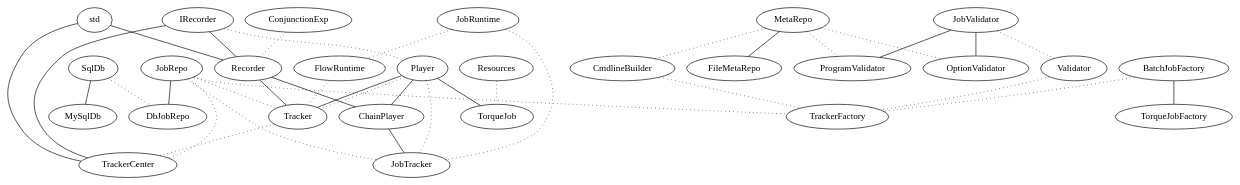
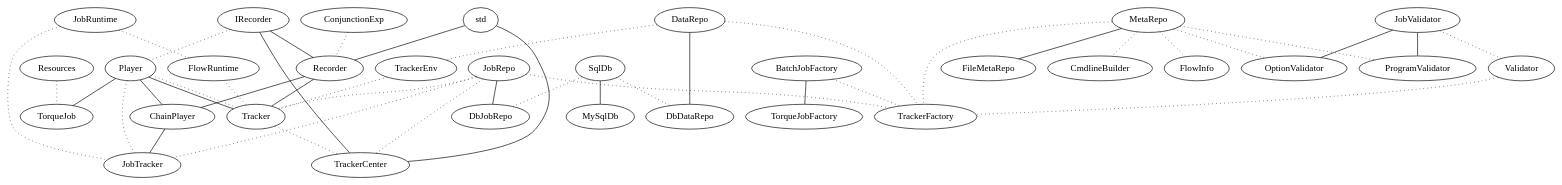
The diagram in doc/dotout.dot (tumluliu/hengii), drawn with Graphviz before and after one commit. The commit also changed 3 other files, not shown here.

```diff
--- a/doc/dotout.dot
+++ b/doc/dotout.dot
@@ -1,68 +1,78 @@
 graph G {
 	node [label="\N"];
-	graph [bb="0,0,734.67,510.41"];
-	Player [pos="532.72,244.13", width=1, height="0.52778"];
-	ChainPlayer [pos="514.23,289.24", width="1.6111", height="0.52778"];
-	Recorder [pos="499.42,363.95", width="1.2778", height="0.52778"];
-	JobRepo [pos="374.01,269.92", width="1.25", height="0.52778"];
-	DbJobRepo [pos="343.89,184.53", width="1.5556", height="0.52778"];
-	MetaRepo [pos="135.07,351.12", width="1.4444", height="0.52778"];
-	FileMetaRepo [pos="86.809,419.12", width="1.8611", height="0.52778"];
-	JobTracker [pos="446.86,229.51", width="1.5", height="0.52778"];
-	SqlDb [pos="326.21,99.297", width=1, height="0.52778"];
-	MySqlDb [pos="314.7,20", width="1.3889", height="0.52778"];
-	JobValidator [pos="145.41,252.14", width="1.6944", height="0.52778"];
-	OptionValidator [pos="79.031,314", width="2.0556", height="0.52778"];
-	ProgramValidator [pos="82.5,271.46", width="2.25", height="0.52778"];
-	IRecorder [pos="527.88,325.77", width="1.3889", height="0.52778"];
-	std [pos="450.16,412.26", width="0.75", height="0.52778"];
-	TorqueJob [pos="610.37,217.65", width="1.4444", height="0.52778"];
-	BatchJobFactory [pos="292.75,406.67", width="2.1111", height="0.52778"];
-	TorqueJobFactory [pos="281.27,490.41", width="2.2778", height="0.52778"];
-	Tracker [pos="453.79,279.74", width="1.1389", height="0.52778"];
-	TrackerCenter [pos="425.19,333.01", width="1.8611", height="0.52778"];
-	TrackerFactory [pos="295.93,316.19", width="1.9444", height="0.52778"];
-	FlowRuntime [pos="486.75,193.61", width="1.8056", height="0.52778"];
-	JobRuntime [pos="460.4,143.67", width="1.6111", height="0.52778"];
-	CmdlineBuilder [pos="220.28,345.62", width="2.0278", height="0.52778"];
-	Validator [pos="228.13,264.44", width="1.3333", height="0.52778"];
-	ConjunctionExp [pos="562.29,421.99", width="2.0556", height="0.52778"];
-	Resources [pos="682.67,195.42", width="1.4167", height="0.52778"];
-	Player -- ChainPlayer [pos="525.09,262.74 524.06,265.26 523,267.85 521.96,270.38"];
-	Recorder -- ChainPlayer [pos="503.23,344.71 505.44,333.56 508.22,319.56 510.43,308.41"];
-	JobRepo -- DbJobRepo [pos="367.33,250.97 362.34,236.82 355.54,217.57 350.56,203.43"];
-	MetaRepo -- FileMetaRepo [pos="121.89,369.7 115.19,379.14 107.06,390.59 100.32,400.09"];
-	ChainPlayer -- JobTracker [pos="494.02,271.32 485.49,263.76 475.58,254.98 467.06,247.42"];
-	SqlDb -- MySqlDb [pos="323.42,80.101 321.61,67.634 319.27,51.451 317.46,39.019"];
-	JobValidator -- OptionValidator [pos="125.85,270.36 117.44,278.2 107.61,287.36 99.139,295.26"];
-	JobValidator -- ProgramValidator [pos="101.72,265.56 101.55,265.61 101.38,265.66 101.22,265.71"];
-	IRecorder -- Recorder [pos="513.98,344.41 513.64,344.87 513.3,345.32 512.96,345.78"];
-	std -- Recorder [pos="466.02,396.71 470.97,391.86 476.46,386.47 481.54,381.49"];
-	Player -- TorqueJob [pos="562.97,233.82 566.03,232.77 569.17,231.7 572.31,230.63"];
-	BatchJobFactory -- TorqueJobFactory [pos="290.14,425.67 288.28,439.28 285.77,457.54 283.9,471.2"];
-	Recorder -- Tracker [pos="489.29,345.26 481.73,331.31 471.44,312.32 463.88,298.38"];
-	Player -- Tracker [pos="499.72,251.79 491.42,255.21 482.74,259.24 475.17,263.22"];
-	IRecorder -- TrackerCenter [pos="478.64,329.24 478.53,329.25 478.43,329.25 478.33,329.26"];
-	std -- TrackerCenter [pos="444.24,393.48 440.32,381.03 435.19,364.74 431.24,352.21"];
-	JobRepo -- TrackerFactory [style=dotted, pos="347.58,285.59 340.41,289.83 332.61,294.46 325.29,298.79"];
-	FlowRuntime -- Tracker [style=dotted, pos="479.44,212.73 473.94,227.1 466.44,246.69 460.97,260.98"];
-	MetaRepo -- ProgramValidator [style=dotted, pos="122.88,332.65 114.51,319.96 103.43,303.17 94.993,290.39"];
-	JobRuntime -- FlowRuntime [style=dotted, pos="470.37,162.55 472.46,166.53 474.68,170.73 476.78,174.71"];
-	CmdlineBuilder -- TrackerFactory [style=dotted, pos="261.21,329.7 261.35,329.65 261.49,329.59 261.63,329.54"];
-	BatchJobFactory -- TrackerFactory [style=dotted, pos="293.43,387.48 293.97,372.13 294.72,350.7 295.26,335.35"];
-	Player -- Tracker [style=dotted, pos="512.43,260.07 505.63,263.69 497.83,267.39 490.18,270.65"];
-	JobRuntime -- JobTracker [style=dotted, pos="457.4,162.72 455.15,176.95 452.1,196.3 449.86,210.51"];
-	MetaRepo -- CmdlineBuilder [style=dotted, pos="186.61,347.8 186.75,347.79 186.89,347.78 187.03,347.77"];
-	JobValidator -- Validator [style=dotted, pos="200.58,260.34 200.7,260.36 200.82,260.38 200.94,260.39"];
-	JobRepo -- TrackerCenter [style=dotted, pos="388.81,288.17 395.43,296.32 403.21,305.92 409.88,314.15"];
-	ConjunctionExp -- Recorder [style=dotted, pos="542.4,403.63 534.77,396.59 526.09,388.58 518.54,381.6"];
-	Player -- JobTracker [style=dotted, pos="498.29,238.27 497.36,238.11 496.42,237.95 495.48,237.79"];
-	Validator -- TrackerFactory [style=dotted, pos="250.33,281.38 257.28,286.69 264.98,292.57 272.05,297.96"];
-	JobRepo -- Tracker [style=dotted, pos="417.63,275.29 417.78,275.31 417.92,275.33 418.07,275.35"];
-	MetaRepo -- OptionValidator [style=dotted, pos="109.68,334.3 108.4,333.45 107.12,332.61 105.84,331.76"];
-	IRecorder -- Player [style=dotted, pos="529.03,306.42 529.8,293.41 530.81,276.32 531.58,263.34"];
-	SqlDb -- DbJobRepo [style=dotted, pos="330.13,118.21 333.04,132.24 336.99,151.29 339.91,165.37"];
-	Tracker -- TrackerCenter [style=dotted, pos="443.78,298.37 441.08,303.41 438.14,308.87 435.42,313.94"];
-	Resources -- TorqueJob [style=dotted, pos="643.14,207.57 643.01,207.61 642.87,207.66 642.74,207.7"];
-	JobRepo -- JobTracker [style=dotted, pos="401.55,254.64 406.87,251.69 412.46,248.59 417.82,245.62"];
+	graph [bb="0,0,599.18,535.93"];
+	Player [pos="187.03,167.18", width=1, height="0.52778"];
+	ChainPlayer [pos="217.27,110.51", width="1.6111", height="0.52778"];
+	Recorder [pos="287.07,102.65", width="1.2778", height="0.52778"];
+	DataRepo [pos="264.58,362.08", width="1.3889", height="0.52778"];
+	DbDataRepo [pos="192.2,416.14", width="1.6944", height="0.52778"];
+	JobRepo [pos="293.36,271.53", width="1.25", height="0.52778"];
+	DbJobRepo [pos="199.09,313.81", width="1.5556", height="0.52778"];
+	MetaRepo [pos="438.63,352.03", width="1.4444", height="0.52778"];
+	FileMetaRepo [pos="498.28,292.79", width="1.8611", height="0.52778"];
+	JobTracker [pos="266.58,190.81", width="1.5", height="0.52778"];
+	SqlDb [pos="132.42,366.99", width=1, height="0.52778"];
+	MySqlDb [pos="59.082,398.58", width="1.3889", height="0.52778"];
+	JobValidator [pos="439.65,468.75", width="1.6944", height="0.52778"];
+	OptionValidator [pos="495.53,396.91", width="2.0556", height="0.52778"];
+	ProgramValidator [pos="493.27,430.73", width="2.25", height="0.52778"];
+	IRecorder [pos="244.9,131.45", width="1.3889", height="0.52778"];
+	std [pos="365.51,114.41", width="0.75", height="0.52778"];
+	TorqueJob [pos="113.17,127.84", width="1.4444", height="0.52778"];
+	BatchJobFactory [pos="310.02,432.07", width="2.1111", height="0.52778"];
+	TorqueJobFactory [pos="289.65,515.93", width="2.2778", height="0.52778"];
+	Tracker [pos="256.27,208.29", width="1.1389", height="0.52778"];
+	TrackerCenter [pos="321.91,203.22", width="1.8611", height="0.52778"];
+	Resources [pos="52,80.592", width="1.4167", height="0.52778"];
+	JobRuntime [pos="368.45,155.91", width="1.6111", height="0.52778"];
+	TrackerFactory [pos="343.81,345.17", width="1.9444", height="0.52778"];
+	FlowRuntime [pos="319.12,147.26", width="1.8056", height="0.52778"];
+	Validator [pos="373.68,410.16", width="1.3333", height="0.52778"];
+	TrackerEnv [pos="232.09,280.43", width="1.5556", height="0.52778"];
+	ConjunctionExp [pos="293.73,20", width="2.0556", height="0.52778"];
+	CmdlineBuilder [pos="524.68,332.15", width="2.0278", height="0.52778"];
+	FlowInfo [pos="445.3,429.08", width="1.3056", height="0.52778"];
+	Player -- ChainPlayer [pos="196.93,148.62 200.23,142.43 203.92,135.52 207.24,129.3"];
+	Recorder -- ChainPlayer [pos="242.47,107.67 242.36,107.68 242.25,107.7 242.15,107.71"];
+	DataRepo -- DbDataRepo [pos="241.68,379.19 233.4,385.37 224.04,392.37 215.7,398.59"];
+	JobRepo -- DbJobRepo [pos="262.49,285.38 253.04,289.61 242.59,294.3 232.96,298.62"];
+	MetaRepo -- FileMetaRepo [pos="456.85,333.94 464.11,326.72 472.47,318.43 479.76,311.18"];
+	ChainPlayer -- JobTracker [pos="228.95,129.54 236.87,142.43 247.28,159.39 255.15,172.19"];
+	SqlDb -- MySqlDb [pos="104.28,379.12 100.4,380.79 96.386,382.51 92.426,384.22"];
+	JobValidator -- OptionValidator [pos="454.04,450.24 462.32,439.6 472.69,426.27 480.99,415.59"];
+	JobValidator -- ProgramValidator [pos="464.26,451.29 465.36,450.51 466.47,449.73 467.57,448.95"];
+	IRecorder -- Recorder [pos="269.43,114.7 269.58,114.6 269.72,114.5 269.87,114.4"];
+	std -- Recorder [pos="338.95,110.43 336.2,110.02 333.35,109.59 330.47,109.16"];
+	Player -- TorqueJob [pos="161.61,153.64 155.52,150.4 148.96,146.9 142.7,143.57"];
+	BatchJobFactory -- TorqueJobFactory [pos="305.4,451.1 302.09,464.73 297.65,483.01 294.33,496.69"];
+	Recorder -- Tracker [pos="281.56,121.53 275.99,140.64 267.42,170.03 261.83,189.21"];
+	Player -- Tracker [pos="203.54,184.14 209.58,188.35 216.64,192.74 223.59,196.65"];
+	IRecorder -- TrackerCenter [pos="263.94,149.19 275.61,160.07 290.51,173.96 302.29,184.94"];
+	std -- TrackerCenter [pos="356.69,132.38 349.27,147.49 338.71,169.01 331.17,184.36"];
+	Resources -- TorqueJob [style=dotted, pos="74.429,97.918 79.748,102.03 85.422,106.41 90.741,110.52"];
+	JobRuntime -- JobTracker [style=dotted, pos="328.19,169.7 320.74,172.25 312.96,174.92 305.55,177.46"];
+	SqlDb -- DbDataRepo [style=dotted, pos="152,383.09 157.85,387.9 164.31,393.21 170.31,398.14"];
+	DataRepo -- TrackerFactory [style=dotted, pos="308.37,352.74 308.51,352.71 308.66,352.68 308.8,352.65"];
+	FlowRuntime -- Tracker [style=dotted, pos="300.26,165.57 292.02,173.57 282.39,182.92 274.25,190.83"];
+	MetaRepo -- ProgramValidator [style=dotted, pos="451.58,370.68 460.23,383.14 471.56,399.46 480.23,411.94"];
+	JobRuntime -- FlowRuntime [style=dotted, pos="319.26,147.28 319.22,147.27 319.18,147.27 319.16,147.26"];
+	Player -- JobTracker [style=dotted, pos="218.47,176.52 220.64,177.16 222.85,177.82 225.06,178.47"];
+	JobValidator -- Validator [style=dotted, pos="419.14,450.53 410.97,443.28 401.6,434.96 393.5,427.77"];
+	JobRepo -- TrackerFactory [style=dotted, pos="306.09,290.12 313.68,301.19 323.29,315.22 330.91,326.34"];
+	DataRepo -- TrackerEnv [style=dotted, pos="257.05,343.14 251.8,329.95 244.83,312.43 239.59,299.27"];
+	TrackerEnv -- Tracker [style=dotted, pos="238.44,261.48 242,250.87 246.41,237.7 249.96,227.12"];
+	MetaRepo -- OptionValidator [style=dotted, pos="460.79,369.51 464.66,372.56 468.69,375.74 472.58,378.81"];
+	SqlDb -- DbJobRepo [style=dotted, pos="152.42,351.04 160.1,344.92 168.89,337.9 176.77,331.62"];
+	Validator -- TrackerFactory [style=dotted, pos="365.04,391.37 361.11,382.82 356.47,372.72 352.54,364.16"];
+	JobRepo -- TrackerCenter [style=dotted, pos="301.31,252.5 305.27,243.03 310.04,231.61 314,222.15"];
+	ConjunctionExp -- Recorder [style=dotted, pos="292.19,39.169 291.11,52.521 289.68,70.253 288.61,83.583"];
+	JobRepo -- JobTracker [style=dotted, pos="287.01,252.4 282.74,239.53 277.14,222.64 272.88,209.8"];
+	MetaRepo -- CmdlineBuilder [style=dotted, pos="482.67,341.86 482.83,341.82 483,341.78 483.16,341.74"];
+	BatchJobFactory -- TrackerFactory [style=dotted, pos="317.52,412.78 323.16,398.28 330.84,378.52 336.45,364.11"];
+	JobRepo -- Tracker [style=dotted, pos="282.43,252.9 277.64,244.74 272.04,235.18 267.25,227.01"];
+	Player -- Tracker [style=dotted, pos="217.37,177.51 224.8,181.59 232.5,186.32 239.09,190.86"];
+	IRecorder -- Player [style=dotted, pos="218.67,147.64 216.04,149.27 213.38,150.91 210.78,152.52"];
+	MetaRepo -- FlowInfo [style=dotted, pos="440.28,371.08 441.31,382.93 442.62,398.12 443.65,409.99"];
+	MetaRepo -- TrackerFactory [style=dotted, pos="387.61,348.34 387.53,348.34 387.44,348.33 387.35,348.32"];
+	Tracker -- TrackerCenter [style=dotted, pos="296.72,205.17 296.82,205.16 296.93,205.15 297.03,205.14"];
 }
```
